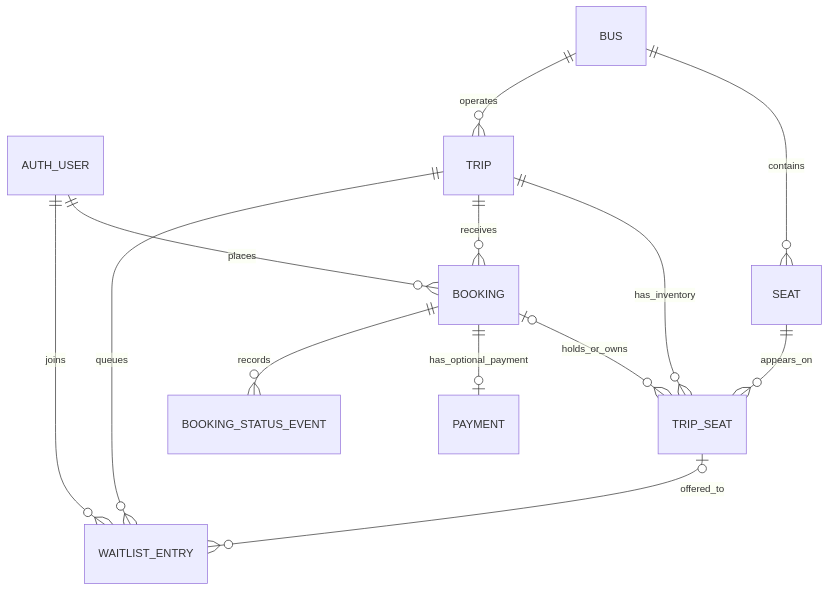
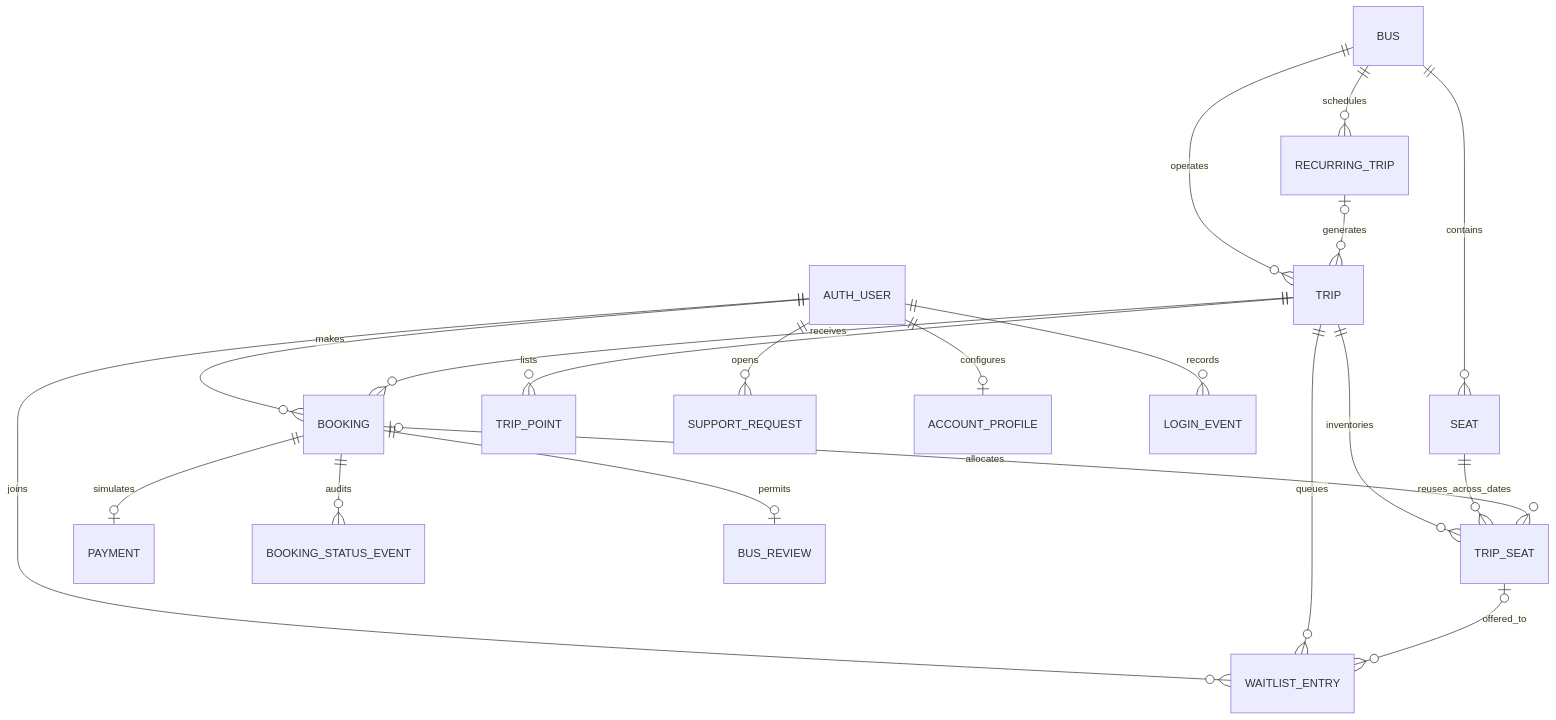
The third of 3 diagrams in docs/full_project_report.md (karthik-goud227/bus-ticket-booking-system), drawn with Mermaid before and after one commit. The commit also changed other lines of this file and 1 other file, not shown here.

````diff
--- a/docs/full_project_report.md
+++ b/docs/full_project_report.md
@@ -154,15 +155,22 @@
 ```mermaid
 erDiagram
-    AUTH_USER ||--o{ BOOKING : places
+    BUS ||--o{ SEAT : contains
+    BUS ||--o{ RECURRING_TRIP : schedules
+    BUS ||--o{ TRIP : operates
+    RECURRING_TRIP |o--o{ TRIP : generates
+    TRIP ||--o{ TRIP_SEAT : inventories
+    SEAT ||--o{ TRIP_SEAT : reuses_across_dates
+    AUTH_USER ||--o{ BOOKING : makes
+    TRIP ||--o{ BOOKING : receives
+    BOOKING |o--o{ TRIP_SEAT : allocates
+    BOOKING ||--o| PAYMENT : simulates
+    BOOKING ||--o{ BOOKING_STATUS_EVENT : audits
+    TRIP ||--o{ TRIP_POINT : lists
     AUTH_USER ||--o{ WAITLIST_ENTRY : joins
-    BUS ||--o{ SEAT : contains
-    BUS ||--o{ TRIP : operates
-    TRIP ||--o{ TRIP_SEAT : has_inventory
-    SEAT ||--o{ TRIP_SEAT : appears_on
-    TRIP ||--o{ BOOKING : receives
-    BOOKING |o--o{ TRIP_SEAT : holds_or_owns
-    BOOKING ||--o| PAYMENT : has_optional_payment
-    BOOKING ||--o{ BOOKING_STATUS_EVENT : records
     TRIP ||--o{ WAITLIST_ENTRY : queues
     TRIP_SEAT |o--o{ WAITLIST_ENTRY : offered_to
+    BOOKING ||--o| BUS_REVIEW : permits
+    AUTH_USER ||--o{ SUPPORT_REQUEST : opens
+    AUTH_USER ||--o| ACCOUNT_PROFILE : configures
+    AUTH_USER ||--o{ LOGIN_EVENT : records
 ```
````
